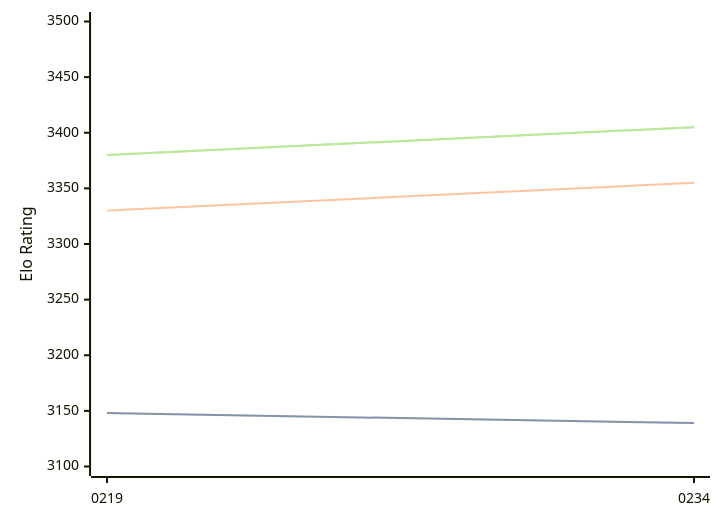
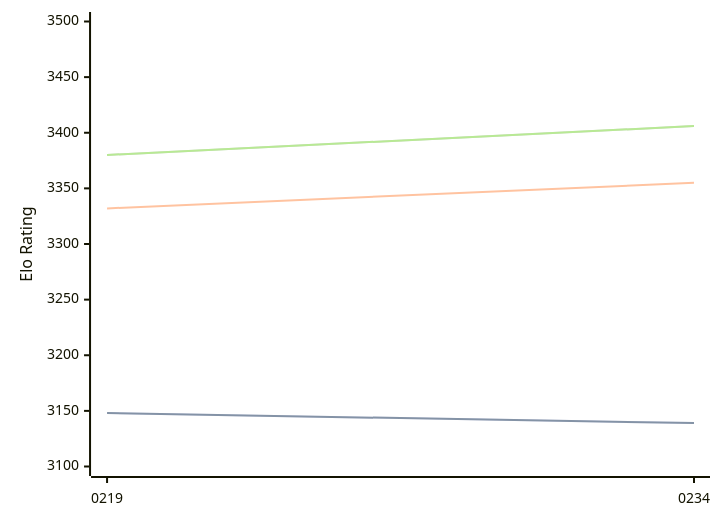
One commit to computer-chess-index/cci changed the diagram in engines/Ynode.md. Above: the diagram before and after it, drawn with Mermaid. The commit also changed other lines of this file, not shown here.

Commit message:
Update CCI Ratings (ELO VLTC) - 2026-10-07

````diff
--- a/engines/Ynode.md
+++ b/engines/Ynode.md
@@ -32,11 +32,11 @@
 ```mermaid
 %%{init: {"theme":"base","themeVariables":{"seriesColors:['#a3a3a3','#222221','#faa371']}}}%%
 xychart-beta
   x-axis ["0219", "0234"]
   y-axis "Elo Rating" 3100 --> 3500
   line "" [3148, 3139]
   line "STC (8.0+0.08s)" [3148, 3139]
-  line "LTC (60.0+0.60s)" [3330, 3355]
-  line "" [3380, 3405]
-  line "VLTC (2m24s+1.12s)" [3380, 3405]
+  line "LTC (60.0+0.60s)" [3332, 3355]
+  line "" [3380, 3406]
+  line "VLTC (2m24s+1.12s)" [3380, 3406]
 ```
````
